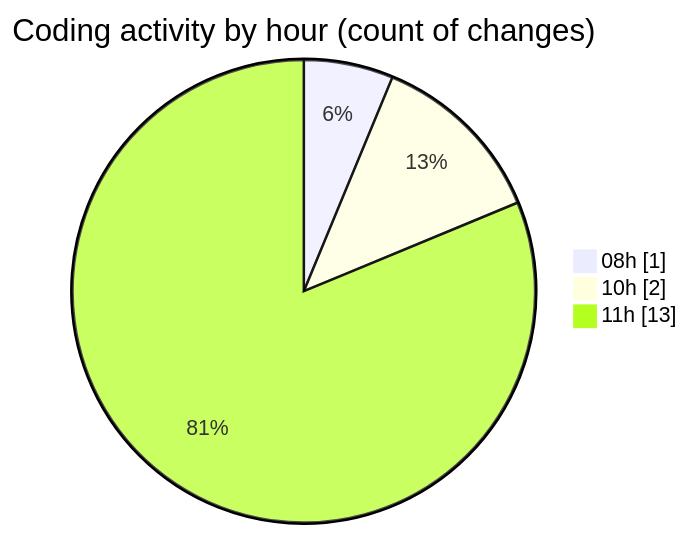
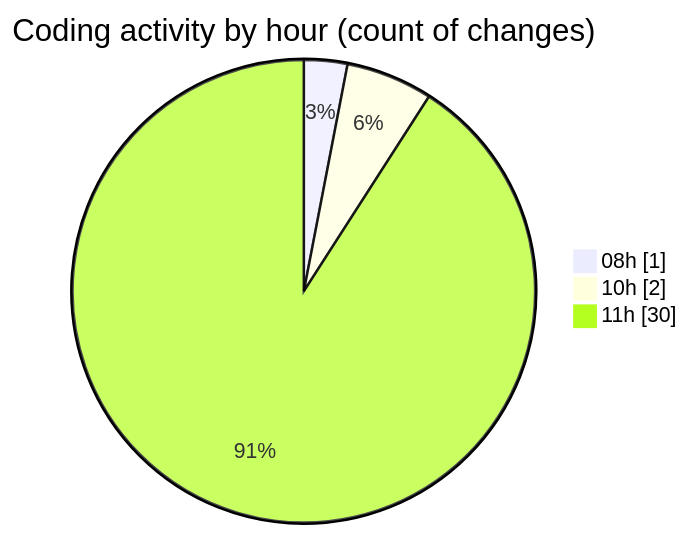
The second of 2 diagrams in 2025-07-03/cda/README.md (momahboobian/code-tracking), drawn with Mermaid before and after one commit. The commit also changed other lines of this file and 1 other file, not shown here.

````diff
--- a/2025-07-03/cda/README.md
+++ b/2025-07-03/cda/README.md
@@ -30,7 +34,7 @@
 ```mermaid
 pie showData
 title Coding activity by hour (count of changes)
 "08h" : 1
 "10h" : 2
-"11h" : 13
+"11h" : 30
 ```
````
